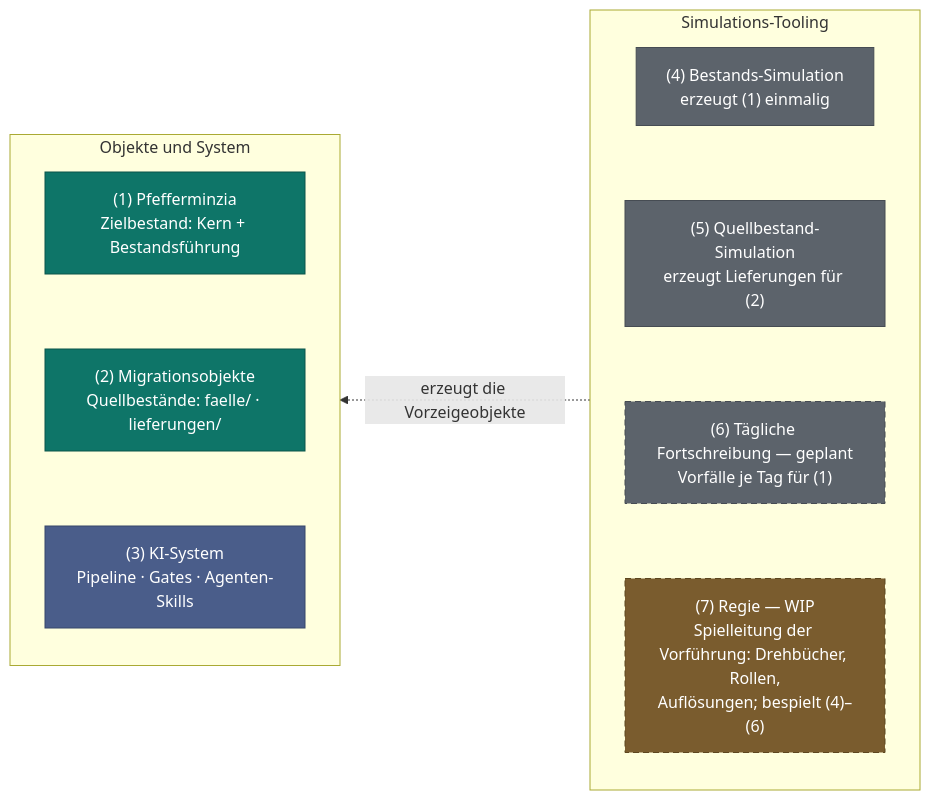
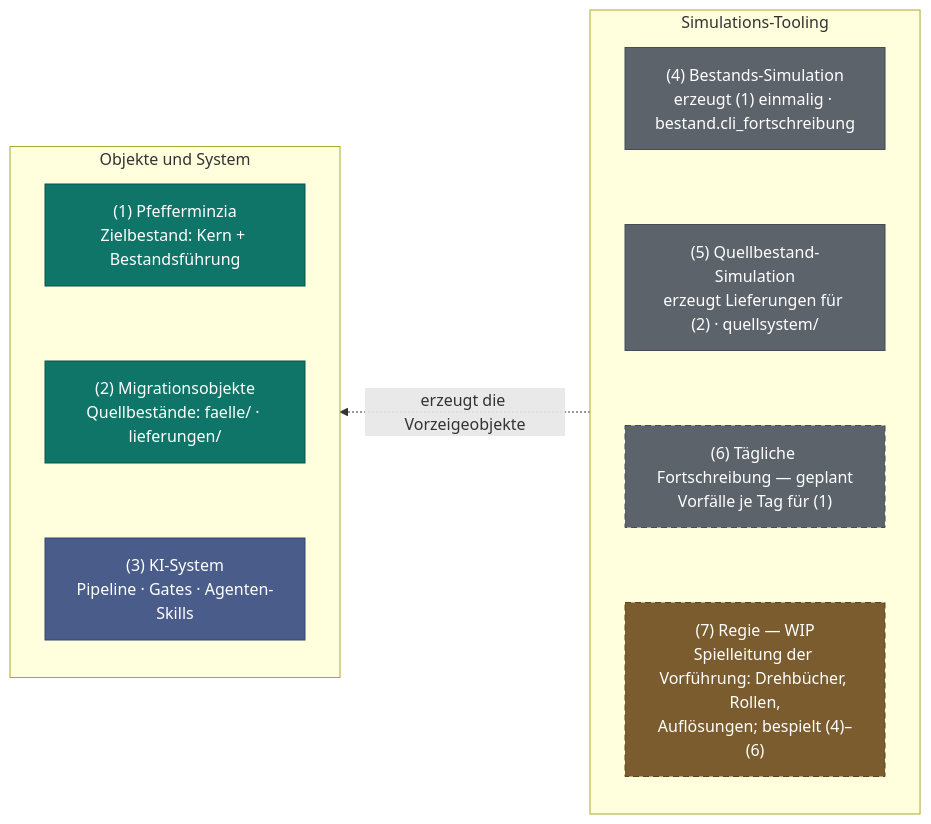
The first of 2 diagrams in README.md (bartlmac/rechner-pipeline), drawn with Mermaid before and after one commit. The commit also changed other lines of this file and 2 other files, not shown here.

````diff
--- a/README.md
+++ b/README.md
@@ -42,38 +42,38 @@
 ```mermaid
 flowchart RL
     subgraph OBJEKTE["Objekte und System"]
         direction TB
         P1["(1) Pfefferminzia
 Zielbestand: Kern + Bestandsführung"]
         F2["(2) Migrationsobjekte
 Quellbestände: faelle/ · lieferungen/"]
         S3["(3) KI-System
 Pipeline · Gates · Agenten-Skills"]
         P1 ~~~ F2 ~~~ S3
     end
     subgraph TOOLING["Simulations-Tooling"]
         direction TB
         T4["(4) Bestands-Simulation
-erzeugt (1) einmalig"]
+erzeugt (1) einmalig · bestand.cli_fortschreibung"]
         T5["(5) Quellbestand-Simulation
-erzeugt Lieferungen für (2)"]
+erzeugt Lieferungen für (2) · quellsystem/"]
         T6["(6) Tägliche Fortschreibung — geplant
 Vorfälle je Tag für (1)"]
         R7["(7) Regie — WIP
 Spielleitung der Vorführung: Drehbücher, Rollen,
 Auflösungen; bespielt (4)–(6)"]
         T4 ~~~ T5 ~~~ T6 ~~~ R7
     end
     TOOLING -. "erzeugt die Vorzeigeobjekte" .-> OBJEKTE
 
     classDef objekt fill:#0e7568,stroke:#0a544b,color:#ffffff
     classDef system fill:#4a5d8a,stroke:#36466b,color:#ffffff
     classDef sim fill:#5c636b,stroke:#464c53,color:#ffffff
     classDef geplant stroke-dasharray: 6 4
     class P1,F2 objekt
     class S3 system
     class T4,T5,T6 sim
     classDef regie fill:#7a5c2e,stroke:#5d461f,color:#ffffff
     class R7 regie
     class T6,R7 geplant
 ```
````
